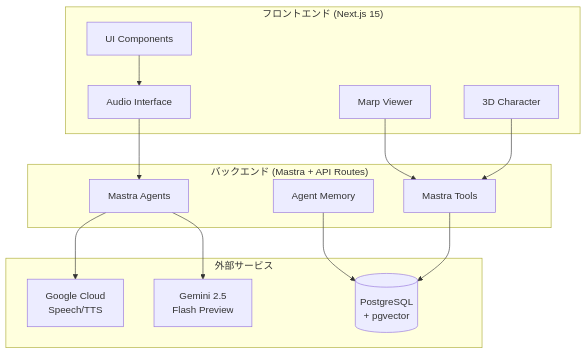
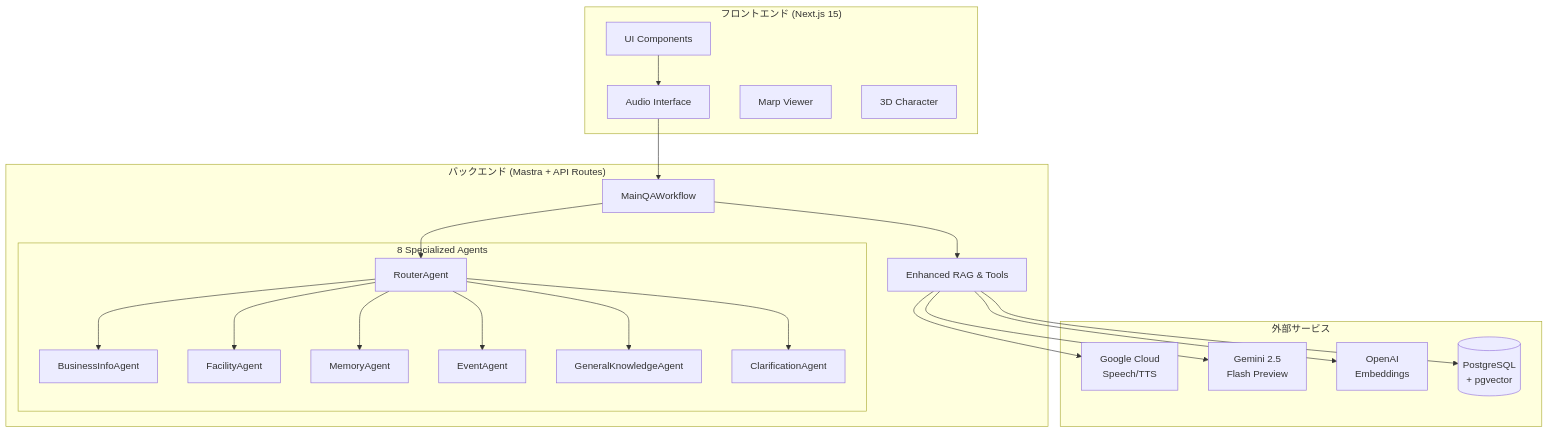
One commit to terisuke/engineer-cafe-navigator changed the diagram in README.md. Above: the diagram before and after it, drawn with Mermaid. The commit also changed other lines of this file and 64 other files, not shown here.

````diff
--- a/README.md
+++ b/README.md
@@ -128,30 +107,45 @@
 ```mermaid
 graph TB
     subgraph "フロントエンド (Next.js 15)"
         UI[UI Components]
         Voice[Audio Interface]
         Slide[Marp Viewer]
         Char[3D Character]
     end
     
     subgraph "バックエンド (Mastra + API Routes)"
-        Agent[Mastra Agents]
-        Tools[Mastra Tools]
-        Memory[Agent Memory]
+        Workflow[MainQAWorkflow]
+        subgraph "8 Specialized Agents"
+            Router[RouterAgent]
+            Business[BusinessInfoAgent]
+            Facility[FacilityAgent]
+            Memory[MemoryAgent]
+            Event[EventAgent]
+            General[GeneralKnowledgeAgent]
+            Clarify[ClarificationAgent]
+        end
+        Tools[Enhanced RAG & Tools]
     end
     
     subgraph "外部サービス"
         GCP[Google Cloud<br/>Speech/TTS]
         Gemini[Gemini 2.5<br/>Flash Preview]
+        OpenAI[OpenAI<br/>Embeddings]
         DB[(PostgreSQL<br/>+ pgvector)]
     end
     
     UI --> Voice
-    Voice --> Agent
-    Slide --> Tools
-    Char --> Tools
-    Agent --> GCP
-    Agent --> Gemini
-    Memory --> DB
+    Voice --> Workflow
+    Workflow --> Router
+    Router --> Business
+    Router --> Facility
+    Router --> Memory
+    Router --> Event
+    Router --> General
+    Router --> Clarify
+    Workflow --> Tools
+    Tools --> GCP
+    Tools --> Gemini
+    Tools --> OpenAI
     Tools --> DB
 ```
````
